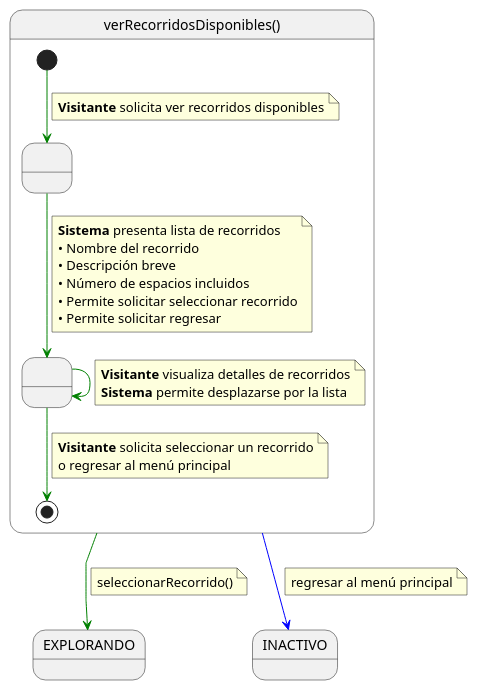
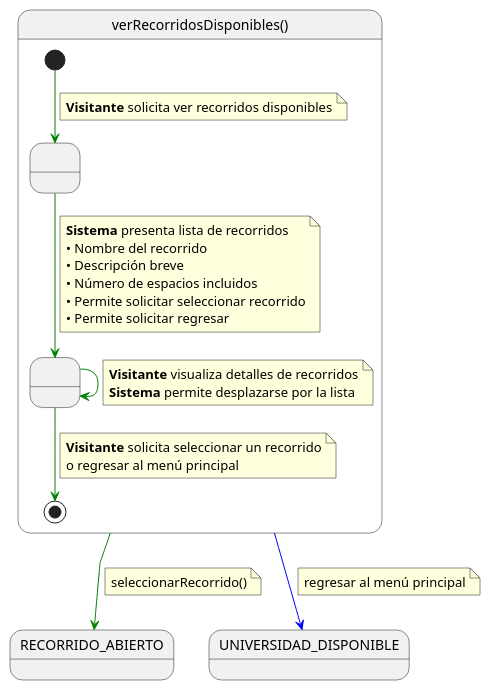
One commit to Camila-Lesly/25-26-idsw1-sdr changed the diagram in documentos/01-casoDeUso/3-DetallarCasosDeUso/1-Visitante/verRecorridosDisponibles/verRecorridosDisponibles.puml. Above: the diagram before and after it, drawn with PlantUML. The commit also changed 26 other files, not shown here.

Commit message:
docs: Add SVG diagrams for visitor use cases

```diff
--- a/documentos/01-casoDeUso/3-DetallarCasosDeUso/1-Visitante/verRecorridosDisponibles/verRecorridosDisponibles.puml
+++ b/documentos/01-casoDeUso/3-DetallarCasosDeUso/1-Visitante/verRecorridosDisponibles/verRecorridosDisponibles.puml
@@ -1,48 +1,46 @@
-@startuml verRecorridosDisponibles
-
+@startuml
 skinparam linetype polyline
 
 state verRecorridosDisponibles as "verRecorridosDisponibles()" {
 
     state " " as CargandoRecorridos
     state " " as MostrandoRecorridos
 
     [*] -[#green]-> CargandoRecorridos 
     note on link
     <b>Visitante</b> solicita ver recorridos disponibles
     end note    
     
     CargandoRecorridos -[#green]-> MostrandoRecorridos
     note on link
     <b>Sistema</b> presenta lista de recorridos
     • Nombre del recorrido
     • Descripción breve
     • Número de espacios incluidos
     • Permite solicitar seleccionar recorrido
     • Permite solicitar regresar
     end note
     
     MostrandoRecorridos -[#green]-> MostrandoRecorridos
     note on link
     <b>Visitante</b> visualiza detalles de recorridos
     <b>Sistema</b> permite desplazarse por la lista
     end note
     
     MostrandoRecorridos -[#green]-> [*]
     note on link
     <b>Visitante</b> solicita seleccionar un recorrido
     o regresar al menú principal
     end note
 }
 
-verRecorridosDisponibles -[#green]-> EXPLORANDO
+verRecorridosDisponibles -[#green]-> RECORRIDO_ABIERTO
 note on link
 seleccionarRecorrido()
 end note
 
-verRecorridosDisponibles -[#blue]-> INACTIVO
+verRecorridosDisponibles -[#blue]-> UNIVERSIDAD_DISPONIBLE
 note on link
 regresar al menú principal
 end note
-
 @enduml
```
